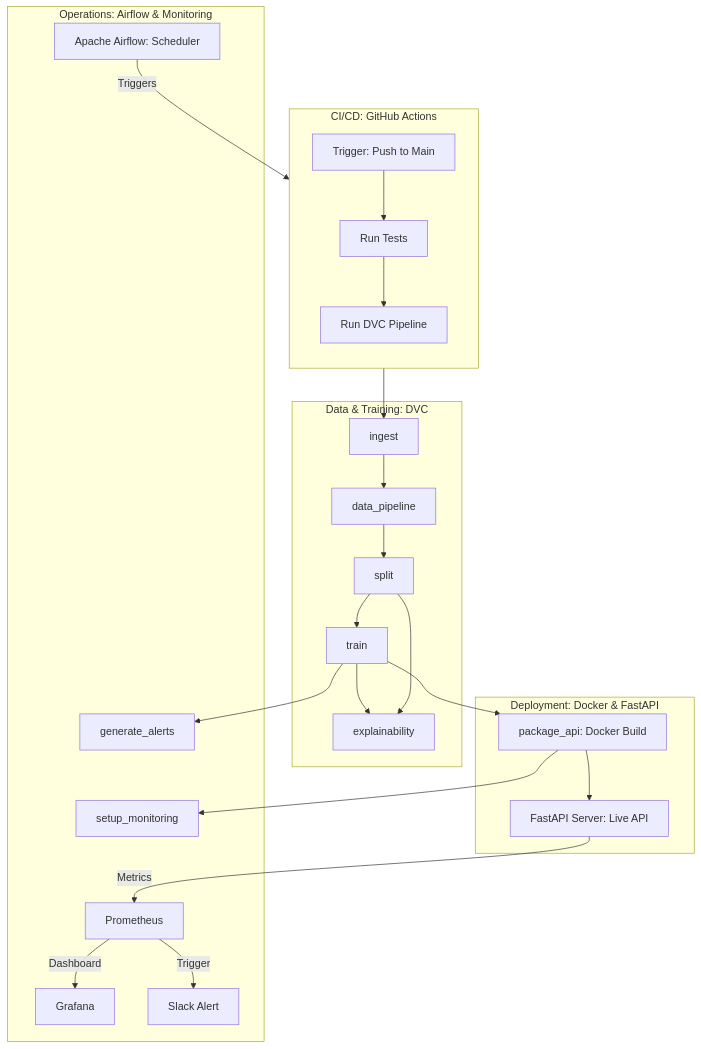
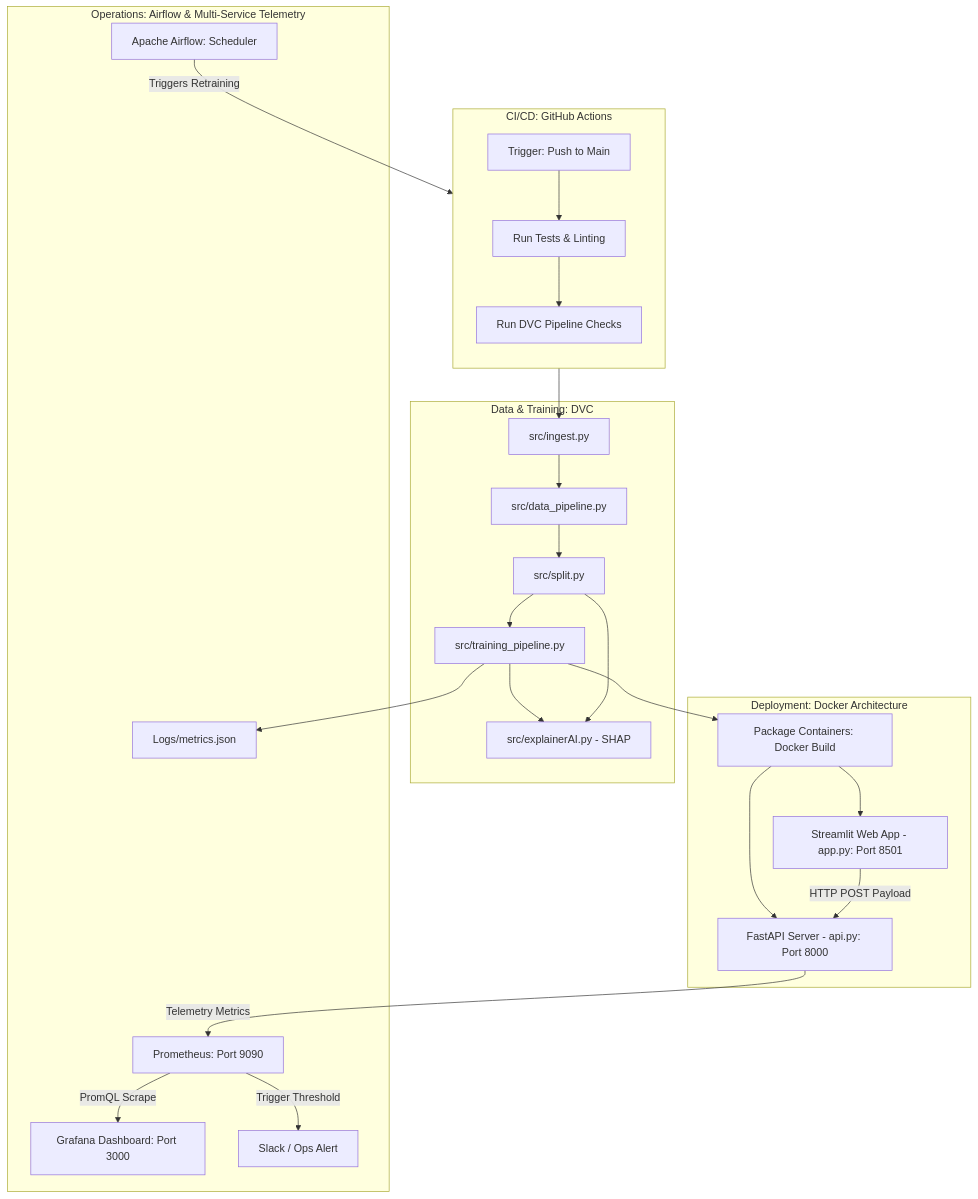
The diagram in README.md (ark-987/adr-nlp-mlops), drawn with Mermaid before and after one commit. The commit also changed other lines of this file, not shown here.

First line of the commit message:
Revise README for CI/CD and architecture details

````diff
--- a/README.md
+++ b/README.md
@@ -4,37 +4,43 @@
 ```mermaid
 flowchart TD
     %% Define External Infrastructure
     subgraph GitHub_Actions [CI/CD: GitHub Actions]
         direction TB
-        G1[Trigger: Push to Main] --> G2[Run Tests]
-        G2 --> G3[Run DVC Pipeline]
+        G1[Trigger: Push to Main] --> G2[Run Tests & Linting]
+        G2 --> G3[Run DVC Pipeline Checks]
     end
 
     %% DVC Data & Training Pipeline
     subgraph DVC_Pipeline [Data & Training: DVC]
-        node4[ingest] --> node1[data_pipeline]
-        node1 --> node7[split]
-        node7 --> node8[train]
-        node8 --> node2[explainability]
+        node4[src/ingest.py] --> node1[src/data_pipeline.py]
+        node1 --> node7[src/split.py]
+        node7 --> node8[src/training_pipeline.py]
+        node8 --> node2[src/explainerAI.py - SHAP]
         node7 --> node2
     end
 
-    %% Deployment Infrastructure
-    subgraph Deployment [Deployment: Docker & FastAPI]
-        node8 --> node5[package_api: Docker Build]
-        node5 --> F1[FastAPI Server: Live API]
+    %% Deployment Infrastructure & Local Services
+    subgraph Deployment [Deployment: Docker Architecture]
+        node8 --> node5[Package Containers: Docker Build]
+        node5 --> F1[FastAPI Server - api.py: Port 8000]
+        node5 --> S2[Streamlit Web App - app.py: Port 8501]
     end
 
     %% Orchestration & Monitoring
-    subgraph Operations [Operations: Airflow & Monitoring]
-        A1[Apache Airflow: Scheduler] -- Triggers --> G3
-        node8 --> node3[generate_alerts]
-        node5 --> node6[setup_monitoring]
-        F1 -- Metrics --> M1[Prometheus]
-        M1 -- Dashboard --> M2[Grafana]
-        M1 -- Trigger --> S1[Slack Alert]
+    subgraph Operations [Operations: Airflow & Multi-Service Telemetry]
+        A1[Apache Airflow: Scheduler] -- Triggers Retraining --> G3
+        node8 --> node3[Logs/metrics.json]
+        
+        %% User Interaction Network Traffic
+        S2 -- HTTP POST Payload --> F1
+        
+        %% Scrape loops
+        F1 -- Telemetry Metrics --> M1[Prometheus: Port 9090]
+        M1 -- PromQL Scrape --> M2[Grafana Dashboard: Port 3000]
+        M1 -- Trigger Threshold --> S1[Slack / Ops Alert]
     end
 
     %% Connect CI/CD to Pipeline
     G3 --> node4
+
 ```
````
